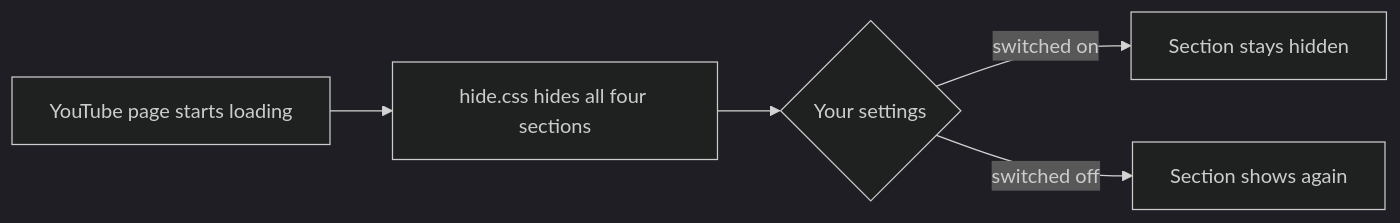
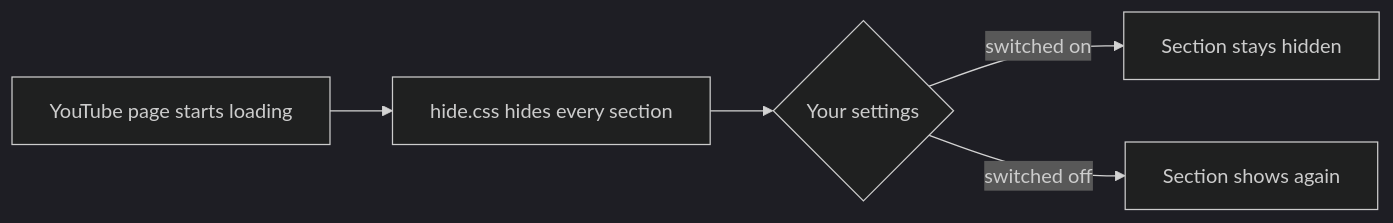
The diagram in README.md (aenimaa/focus-mode-for-youtube), drawn with Mermaid (dark theme) before and after one commit. The commit also changed other lines of this file and 9 other files, not shown here.

````diff
--- a/README.md
+++ b/README.md
@@ -83,7 +85,7 @@
 ```mermaid
 flowchart LR
-  A[YouTube page starts loading] --> B[hide.css hides all four sections]
+  A[YouTube page starts loading] --> B[hide.css hides every section]
   B --> C{Your settings}
   C -- switched on --> D[Section stays hidden]
   C -- switched off --> E[Section shows again]
 ```
````
